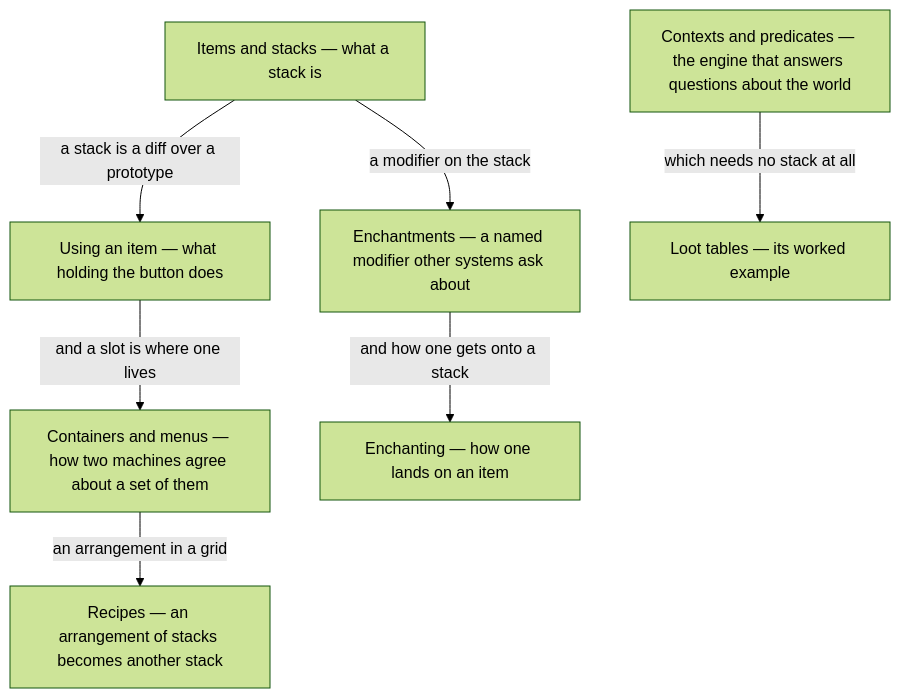
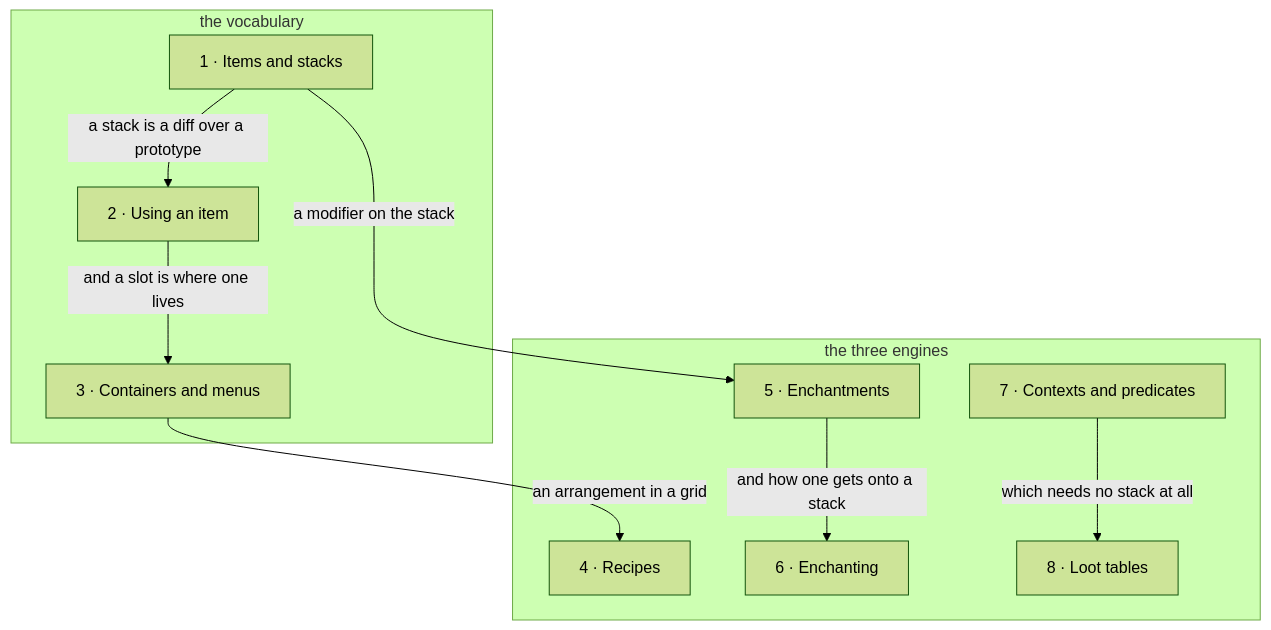
One commit to AlexanderjFraser/MinecraftDocs changed the diagram in src/systems/items/README.md. Above: the diagram before and after it, drawn with Mermaid (forest theme). The commit also changed other lines of this file and 19 other files, not shown here.

````diff
--- a/src/systems/items/README.md
+++ b/src/systems/items/README.md
@@ -55,17 +55,21 @@
 ```mermaid
 flowchart TD
-    IS["Items and stacks — what a stack is"]
-    UI["Using an item — what holding the button does"]
-    CM["Containers and menus — how two machines agree about a set of them"]
-    RE["Recipes — an arrangement of stacks becomes another stack"]
-    EN["Enchantments — a named modifier other systems ask about"]
-    EC["Enchanting — how one lands on an item"]
-    CP["Contexts and predicates — the engine that answers questions about the world"]
-    LO["Loot tables — its worked example"]
+    subgraph V["the vocabulary"]
+        IS["1 · Items and stacks"]
+        UI["2 · Using an item"]
+        CM["3 · Containers and menus"]
+    end
+    subgraph E["the three engines"]
+        RE["4 · Recipes"]
+        EN["5 · Enchantments"]
+        EC["6 · Enchanting"]
+        CP["7 · Contexts and predicates"]
+        LO["8 · Loot tables"]
+    end
     IS -- "a stack is a diff over a prototype" --> UI
     UI -- "and a slot is where one lives" --> CM
     CM -- "an arrangement in a grid" --> RE
     IS -- "a modifier on the stack" --> EN
     EN -- "and how one gets onto a stack" --> EC
     CP -- "which needs no stack at all" --> LO
 ```
````
